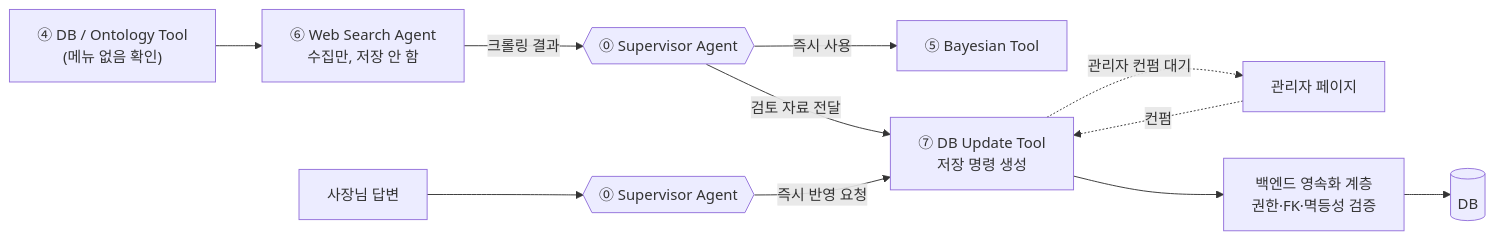
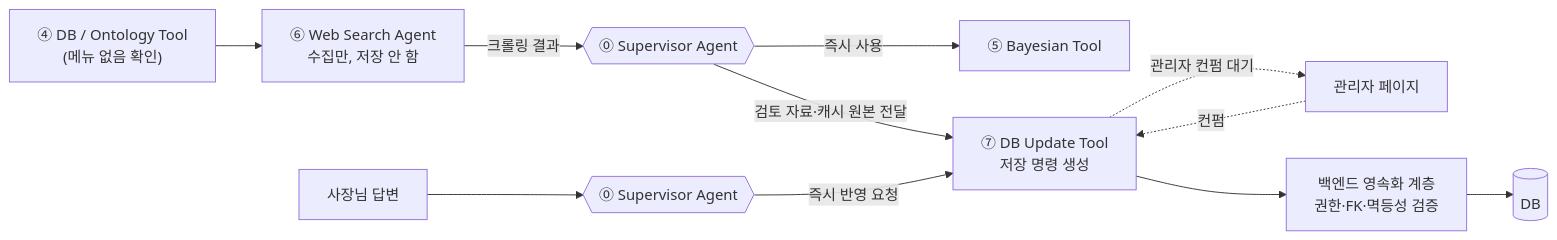
The first of 2 diagrams in docs/agent-6-websearch.md (Han-Spoon/ai), drawn with Mermaid before and after one commit. The commit also changed other lines of this file, not shown here.

````diff
--- a/docs/agent-6-websearch.md
+++ b/docs/agent-6-websearch.md
@@ -27,15 +27,15 @@
 ```mermaid
 graph LR
     ONTO["④ DB / Ontology Tool<br/>(메뉴 없음 확인)"] --> WEB["⑥ Web Search Agent<br/>수집만, 저장 안 함"]
     WEB -->|"크롤링 결과"| SUP1{{⓪ Supervisor Agent}}
     SUP1 -->|"즉시 사용"| BAYES["⑤ Bayesian Tool"]
-    SUP1 -->|"검토 자료 전달"| DBUP["⑦ DB Update Tool<br/>저장 명령 생성"]
+    SUP1 -->|"검토 자료·캐시 원본 전달"| DBUP["⑦ DB Update Tool<br/>저장 명령 생성"]
 
     OWNER["사장님 답변"] --> SUP2{{⓪ Supervisor Agent}}
     SUP2 -->|"즉시 반영 요청"| DBUP
 
     DBUP -.관리자 컨펌 대기.-> ADMIN[관리자 페이지]
     ADMIN -.컨펌.-> DBUP
     DBUP --> API["백엔드 영속화 계층<br/>권한·FK·멱등성 검증"]
     API --> DB[(DB)]
 ```
````
